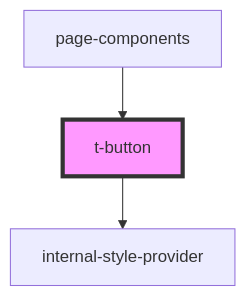
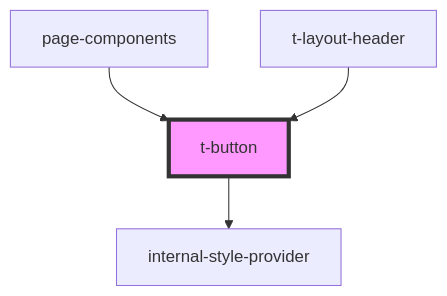
One commit to TomasEng/web-components changed the diagram in packages/stencil/src/components/t-button/readme.md. Above: the diagram before and after it, drawn with Mermaid. The commit also changed other lines of this file and 19 other files, not shown here.

````diff
--- a/packages/stencil/src/components/t-button/readme.md
+++ b/packages/stencil/src/components/t-button/readme.md
@@ -27,6 +28,7 @@
 ```mermaid
 graph TD;
   t-button --> internal-style-provider
   page-components --> t-button
+  t-layout-header --> t-button
   style t-button fill:#f9f,stroke:#333,stroke-width:4px
 ```
````
